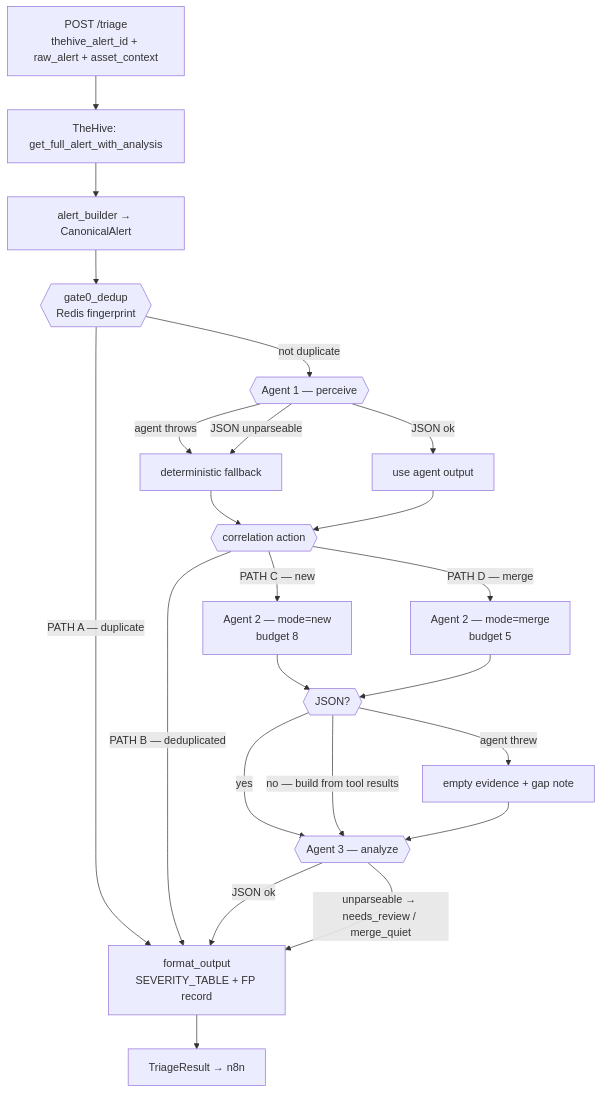
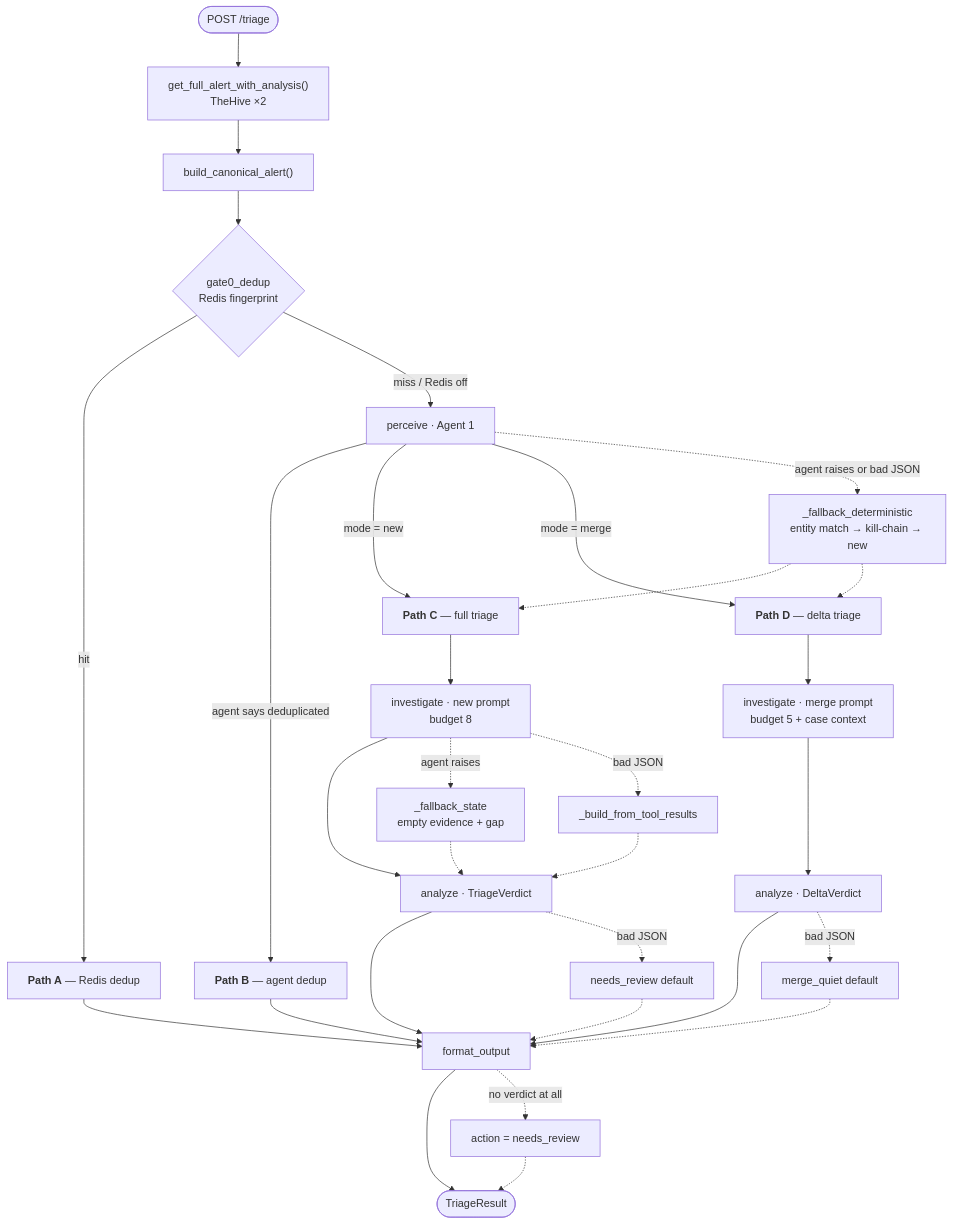
The second of 2 diagrams in ARCHITECTURE-LIVE.md (Achref88MANSOURI/SOC-3s), drawn with Mermaid before and after one commit. The commit also changed other lines of this file, not shown here.

````diff
--- a/ARCHITECTURE-LIVE.md
+++ b/ARCHITECTURE-LIVE.md
@@ -358,32 +763,29 @@
 ```mermaid
 flowchart TD
-    IN["POST /triage<br/>thehive_alert_id + raw_alert + asset_context"] --> FETCH["TheHive: get_full_alert_with_analysis"]
-    FETCH --> BUILD["alert_builder → CanonicalAlert"]
-    BUILD --> G0{{"gate0_dedup<br/>Redis fingerprint"}}
+    IN([POST /triage]) --> FETCH["get_full_alert_with_analysis()<br/>TheHive ×2"]
+    FETCH --> BUILD["build_canonical_alert()"]
+    BUILD --> G0{"gate0_dedup<br/>Redis fingerprint"}
 
-    G0 -->|"PATH A — duplicate"| FMT
-    G0 -->|"not duplicate"| P{{"Agent 1 — perceive"}}
+    G0 -->|hit| PA["<b>Path A</b> — Redis dedup"]
+    G0 -->|miss / Redis off| P1["perceive · Agent 1"]
 
-    P -->|"agent throws"| PF["deterministic fallback"]
-    P -->|"JSON unparseable"| PF
-    P -->|"JSON ok"| PJ["use agent output"]
+    P1 -->|agent says deduplicated| PB["<b>Path B</b> — agent dedup"]
+    P1 -->|mode = new| PC["<b>Path C</b> — full triage"]
+    P1 -->|mode = merge| PD["<b>Path D</b> — delta triage"]
 
-    PF --> DEC
-    PJ --> DEC{{"correlation action"}}
+    PA --> FO["format_output"]
+    PB --> FO
+    PC --> I2N["investigate · new prompt<br/>budget 8"] --> A3N["analyze · TriageVerdict"] --> FO
+    PD --> I2M["investigate · merge prompt<br/>budget 5 + case context"] --> A3M["analyze · DeltaVerdict"] --> FO
 
-    DEC -->|"PATH B — deduplicated"| FMT
-    DEC -->|"PATH C — new"| INV["Agent 2 — mode=new<br/>budget 8"]
-    DEC -->|"PATH D — merge"| INVM["Agent 2 — mode=merge<br/>budget 5"]
+    FO --> OUT([TriageResult])
 
-    INV --> IJ{{"JSON?"}}
-    INVM --> IJ
-    IJ -->|"yes"| A
-    IJ -->|"no — build from tool results"| A
-    IJ -->|"agent threw"| AF["empty evidence + gap note"]
-    AF --> A
-
-    A{{"Agent 3 — analyze"}} -->|"JSON ok"| FMT
-    A -->|"unparseable → needs_review / merge_quiet"| FMT
-
-    FMT["format_output<br/>SEVERITY_TABLE + FP record"] --> OUT["TriageResult → n8n"]
+    P1 -.->|agent raises or bad JSON| FB1["_fallback_deterministic<br/>entity match → kill-chain → new"]
+    FB1 -.-> PC
+    FB1 -.-> PD
+    I2N -.->|agent raises| FB2["_fallback_state<br/>empty evidence + gap"] -.-> A3N
+    I2N -.->|bad JSON| FB3["_build_from_tool_results"] -.-> A3N
+    A3N -.->|bad JSON| FB4["needs_review default"] -.-> FO
+    A3M -.->|bad JSON| FB5["merge_quiet default"] -.-> FO
+    FO -.->|no verdict at all| FB6["action = needs_review"] -.-> OUT
 ```
````
